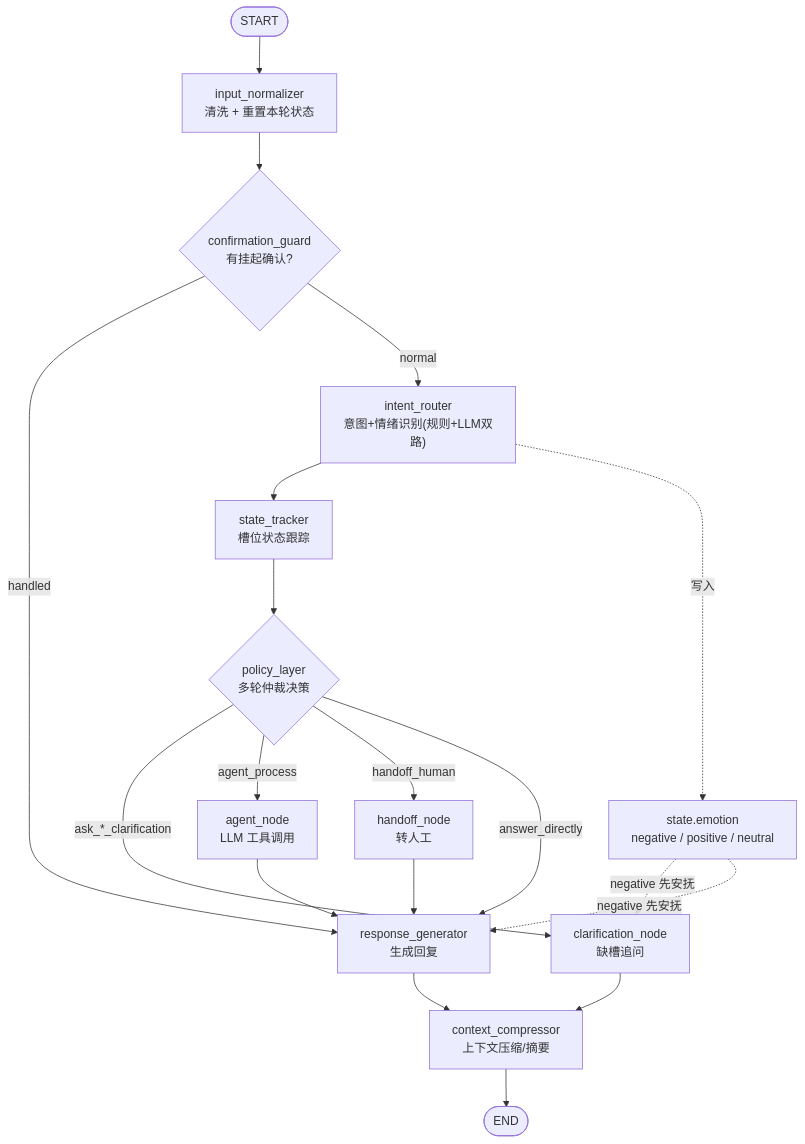
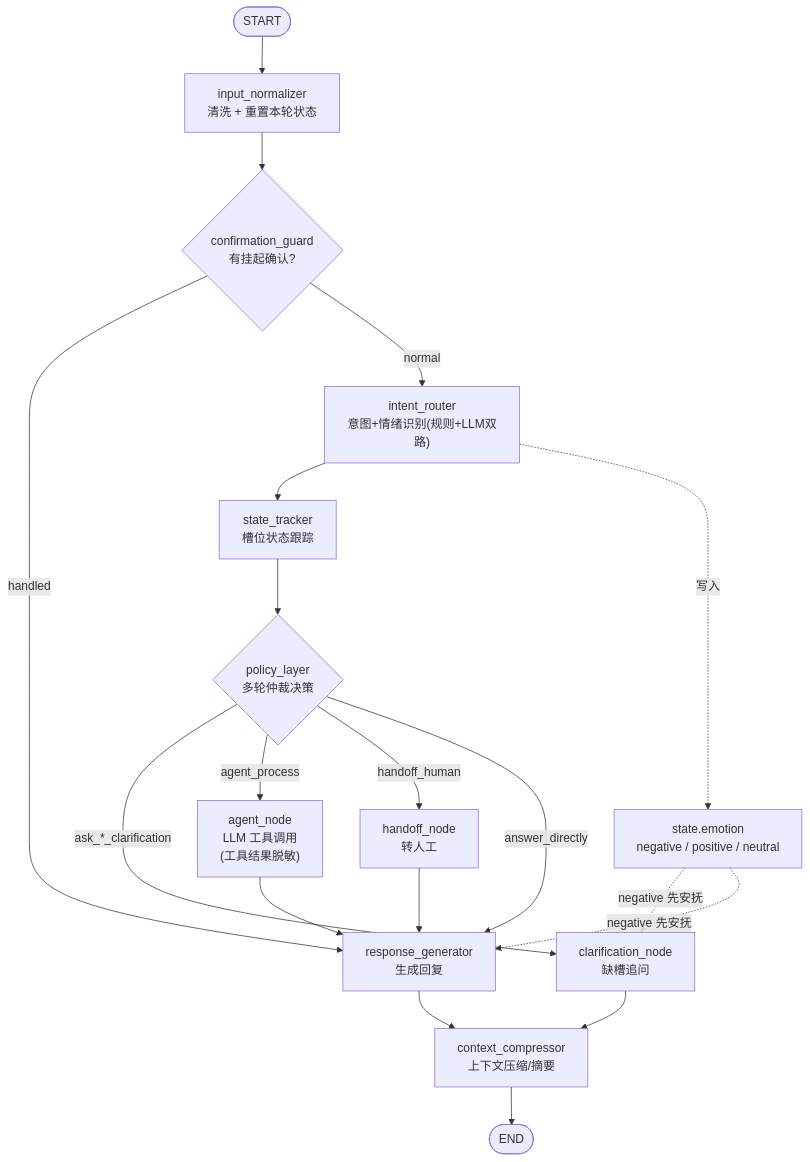
Before and after one commit to JCCGGKS/myagent: the diagram in 项目演示文档/项目各环节介绍.md, drawn with Mermaid. The commit also changed other lines of this file, not shown here.

Commit message:
docs(demo): 补充演示文档编排图说明
- 项目各环节介绍.md：标注 agent_node 工具结果在执行层集中脱敏
  （raw_result 不跨信任边界），以及情绪仅作语气信号透传

````diff
--- a/项目演示文档/项目各环节介绍.md
+++ b/项目演示文档/项目各环节介绍.md
@@ -52,22 +52,22 @@
 ```mermaid
 flowchart TD
     START([START]) --> input_normalizer["input_normalizer\n清洗 + 重置本轮状态"]
     input_normalizer --> confirmation_guard{"confirmation_guard\n有挂起确认?"}
     confirmation_guard -->|handled| response_generator
     confirmation_guard -->|normal| intent_router["intent_router\n意图+情绪识别(规则+LLM双路)"]
     intent_router --> state_tracker["state_tracker\n槽位状态跟踪"]
     state_tracker --> policy_layer{"policy_layer\n多轮仲裁决策"}
     policy_layer -->|ask_*_clarification| clarification_node["clarification_node\n缺槽追问"]
-    policy_layer -->|agent_process| agent_node["agent_node\nLLM 工具调用"]
+    policy_layer -->|agent_process| agent_node["agent_node\nLLM 工具调用\n(工具结果脱敏)"]
     policy_layer -->|handoff_human| handoff_node["handoff_node\n转人工"]
     policy_layer -->|answer_directly| response_generator["response_generator\n生成回复"]
     clarification_node --> context_compressor["context_compressor\n上下文压缩/摘要"]
     agent_node --> response_generator
     handoff_node --> response_generator
     response_generator --> context_compressor
     context_compressor --> END([END])
 
     intent_router -. 写入 .-> state_emotion["state.emotion\nnegative / positive / neutral"]
     state_emotion -. negative 先安抚 .-> clarification_node
     state_emotion -. negative 先安抚 .-> response_generator
 ```
````
